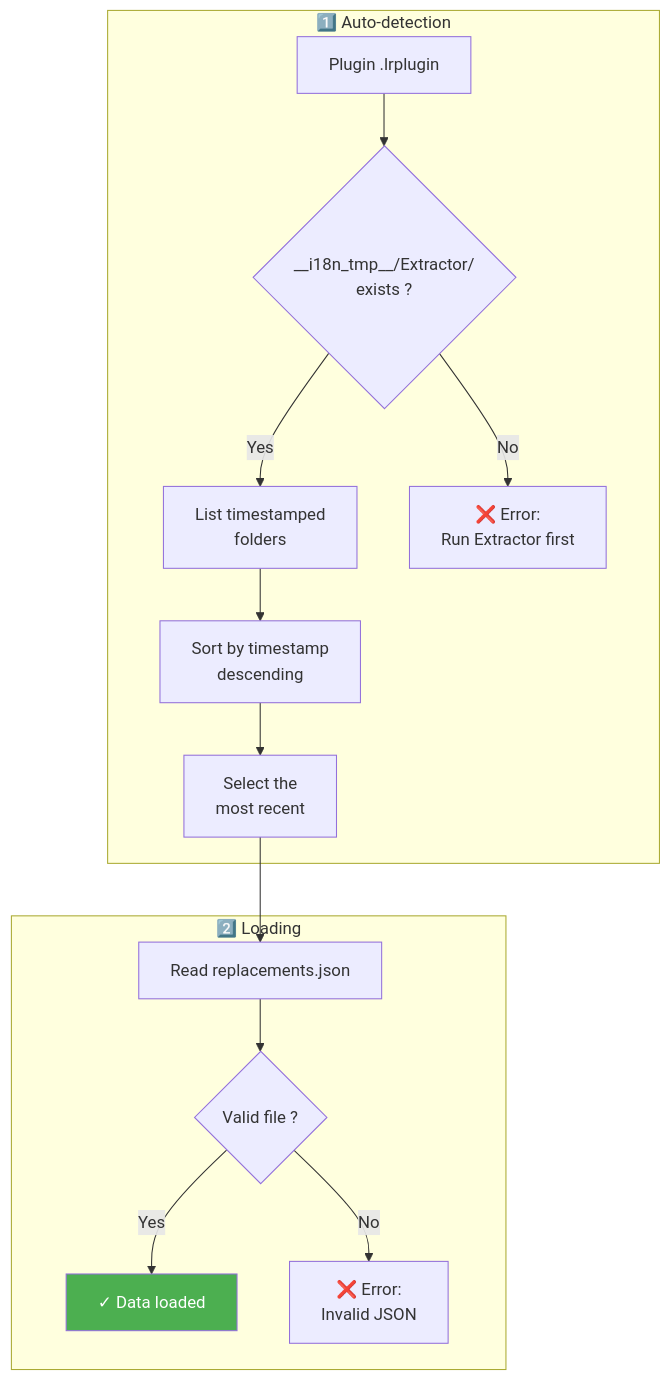
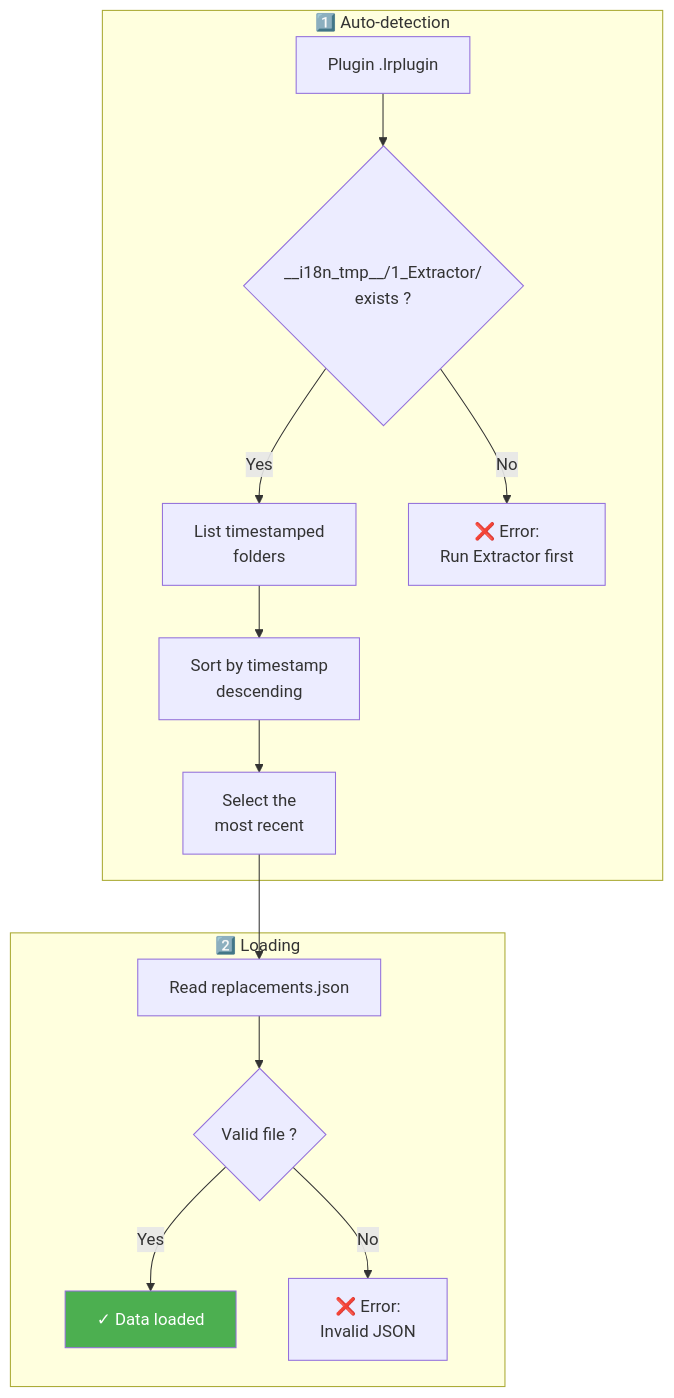
Before and after one commit to Gotcha26/Adobe_Lightroom_Translation_Plugins_Kit: the third of 7 diagrams in tools/applicator/__doc__/en/README.md, drawn with Mermaid. The commit also changed other lines of this file and 28 other files, not shown here.

````diff
--- a/tools/applicator/__doc__/en/README.md
+++ b/tools/applicator/__doc__/en/README.md
@@ -318,19 +323,19 @@
 ```mermaid
 flowchart TD
     subgraph Detection["1️⃣ Auto-detection"]
-        A["Plugin .lrplugin"] --> B{"__i18n_tmp__/Extractor/<br/>exists ?"}
+        A["Plugin .lrplugin"] --> B{"__i18n_tmp__/1_Extractor/<br/>exists ?"}
         B -->|Yes| C["List timestamped<br/>folders"]
         B -->|No| D["❌ Error:<br/>Run Extractor first"]
         C --> E["Sort by timestamp<br/>descending"]
         E --> F["Select the<br/>most recent"]
     end
 
     subgraph Loading["2️⃣ Loading"]
         F --> G["Read replacements.json"]
         G --> H{"Valid file ?"}
         H -->|Yes| I["✓ Data loaded"]
         H -->|No| J["❌ Error:<br/>Invalid JSON"]
     end
 
     style I fill:#4CAF50,color:#fff
 ```
````
